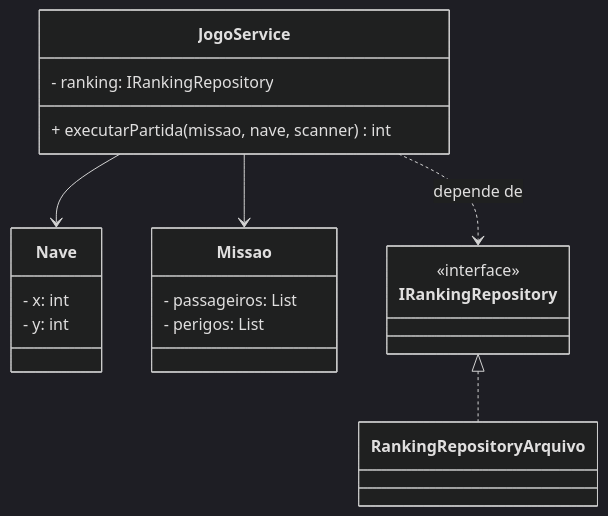
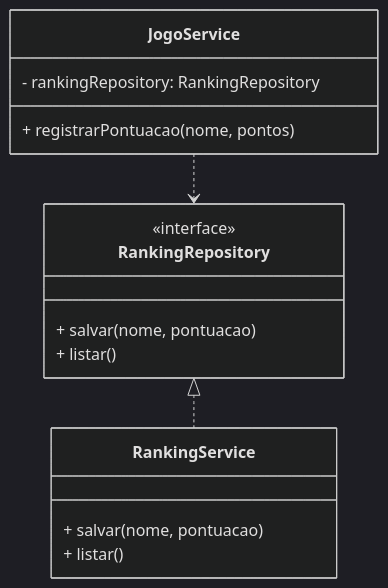
The first of 2 diagrams in missaoMarteUnifor/grasp/apostilas-grasp/low-coupling.md (ProfBezerra/T200-ProjArqSist), drawn with Mermaid (dark theme) before and after one commit. The commit also changed other lines of this file and 4 other files, not shown here.

````diff
--- a/missaoMarteUnifor/grasp/apostilas-grasp/low-coupling.md
+++ b/missaoMarteUnifor/grasp/apostilas-grasp/low-coupling.md
@@ -47,27 +63,21 @@
 ```mermaid
 classDiagram
-  class Nave {
-    - x: int
-    - y: int
+  class JogoService {
+    - rankingRepository: RankingRepository
+    + registrarPontuacao(nome, pontos)
   }
 
-  class Missao {
-    - passageiros: List
-    - perigos: List
+  class RankingRepository {
+    <<interface>>
+    + salvar(nome, pontuacao)
+    + listar()
   }
 
-  class JogoService {
-    - ranking: IRankingRepository
-    + executarPartida(missao, nave, scanner) int
+  class RankingService {
+    + salvar(nome, pontuacao)
+    + listar()
   }
 
-  class IRankingRepository {
-    <<interface>>
-  }
-  class RankingRepositoryArquivo
-
-  JogoService --> Missao
-  JogoService --> Nave
-  JogoService ..> IRankingRepository : depende de
-  IRankingRepository <|.. RankingRepositoryArquivo
+  JogoService ..> RankingRepository
+  RankingRepository <|.. RankingService
 ```
````
